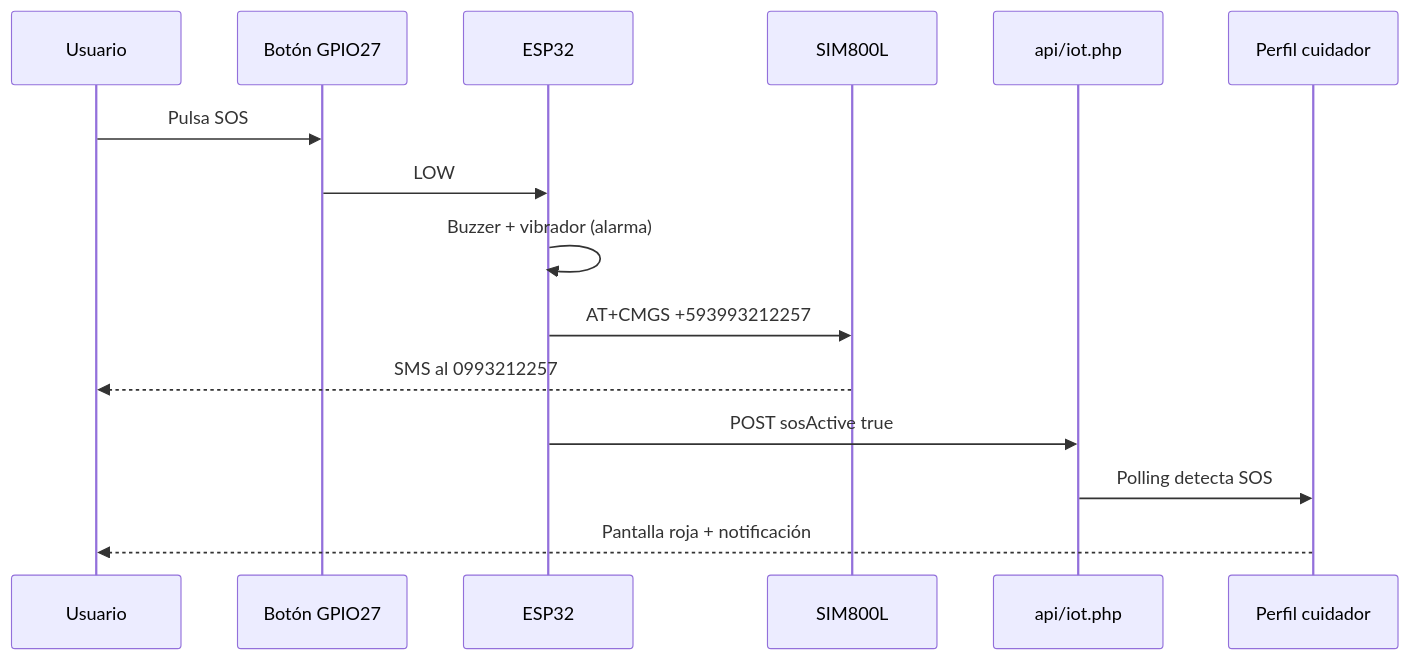
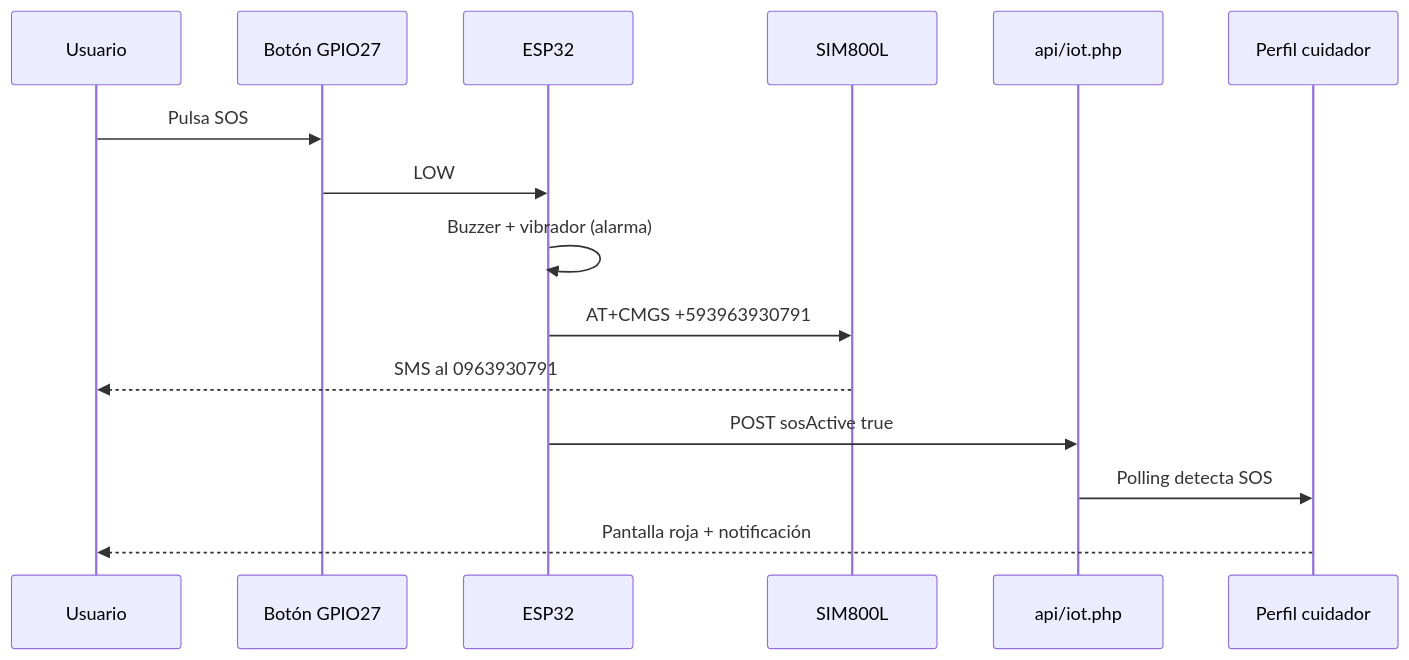
Before and after one commit to elJohn72/Smartvest: the diagram in docs/SMS-SOS-EMERGENCIA.md, drawn with Mermaid. The commit also changed other lines of this file and 26 other files, not shown here.

````diff
--- a/docs/SMS-SOS-EMERGENCIA.md
+++ b/docs/SMS-SOS-EMERGENCIA.md
@@ -90,18 +90,18 @@
 ```mermaid
 sequenceDiagram
   participant U as Usuario
   participant SOS as Botón GPIO27
   participant ESP as ESP32
   participant GSM as SIM800L
   participant API as api/iot.php
   participant Web as Perfil cuidador
 
   U->>SOS: Pulsa SOS
   SOS->>ESP: LOW
   ESP->>ESP: Buzzer + vibrador (alarma)
-  ESP->>GSM: AT+CMGS +593993212257
-  GSM-->>U: SMS al 0993212257
+  ESP->>GSM: AT+CMGS +593963930791
+  GSM-->>U: SMS al 0963930791
   ESP->>API: POST sosActive true
   API->>Web: Polling detecta SOS
   Web-->>U: Pantalla roja + notificación
 ```
````
